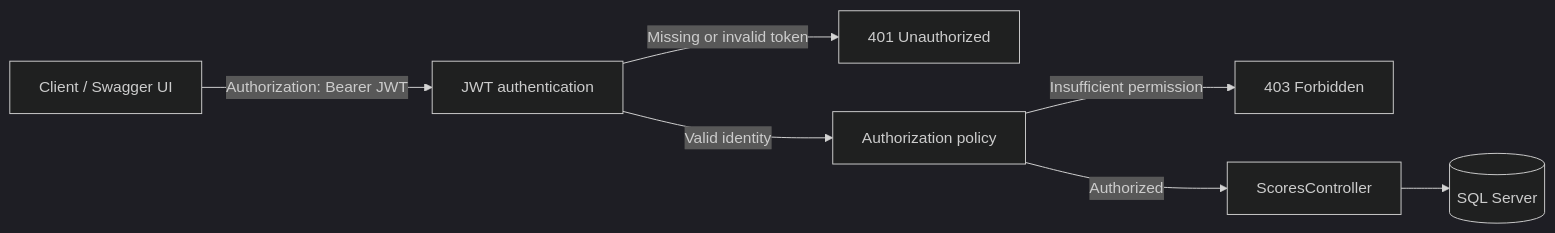
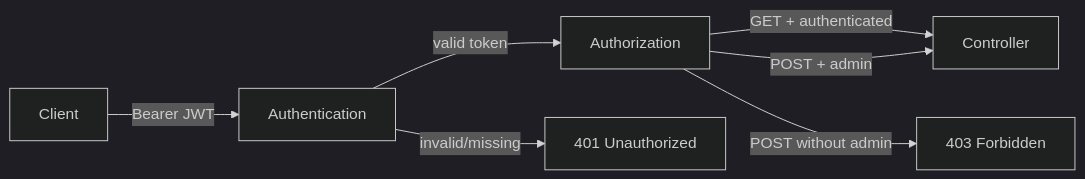
The diagram in docs/SECURITY.md (Mafuri1/ninety9Score), drawn with Mermaid (dark theme) before and after one commit. The commit also changed other lines of this file and 51 other files, not shown here.

````diff
--- a/docs/SECURITY.md
+++ b/docs/SECURITY.md
@@ -19,9 +11,9 @@
 ```mermaid
 flowchart LR
-    Client[Client / Swagger UI] -->|Authorization: Bearer JWT| AuthN[JWT authentication]
-    AuthN -->|Missing or invalid token| U401[401 Unauthorized]
-    AuthN -->|Valid identity| AuthZ[Authorization policy]
-    AuthZ -->|Insufficient permission| F403[403 Forbidden]
-    AuthZ -->|Authorized| API[ScoresController]
-    API --> DB[(SQL Server)]
+    Client -->|Bearer JWT| Authentication
+    Authentication -->|valid token| Authorization
+    Authentication -->|invalid/missing| U401[401 Unauthorized]
+    Authorization -->|GET + authenticated| Controller
+    Authorization -->|POST + admin| Controller
+    Authorization -->|POST without admin| F403[403 Forbidden]
 ```
````
